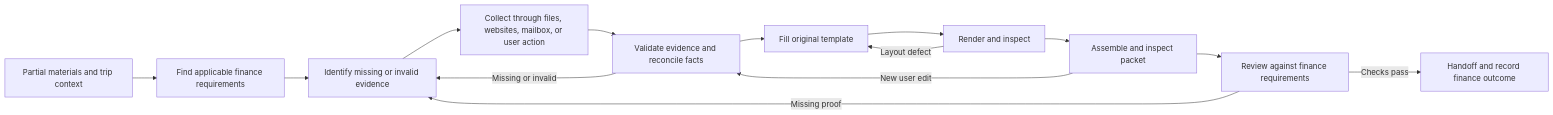
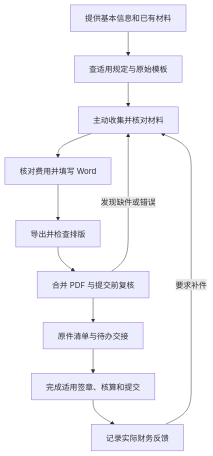
Before and after one commit to Weining-Cao/reimbursement-workflow: the diagram in README.md, drawn with Mermaid. The commit also changed other lines of this file, not shown here.

Commit message:
Write Chinese onboarding and materials guide for NJU students

````diff
--- a/README.md
+++ b/README.md
@@ -86,16 +152,13 @@
 ```mermaid
-flowchart LR
-    A[Partial materials and trip context] --> R[Find applicable finance requirements]
-    R --> G[Identify missing or invalid evidence]
-    G --> H[Collect through files, websites, mailbox, or user action]
-    H --> B[Validate evidence and reconcile facts]
-    B -->|Missing or invalid| G
-    B --> C[Fill original template]
-    C --> D[Render and inspect]
-    D --> E[Assemble and inspect packet]
-    E --> V[Review against finance requirements]
-    V -->|Missing proof| G
-    V -->|Checks pass| F[Handoff and record finance outcome]
-    D -->|Layout defect| C
-    E -->|New user edit| B
+flowchart TD
+    A[提供基本信息和已有材料] --> B[查适用规定与原始模板]
+    B --> C[主动收集并核对材料]
+    C --> D[核对费用并填写 Word]
+    D --> E[导出并检查排版]
+    E --> F[合并 PDF 与提交前复核]
+    F -->|发现缺件或错误| C
+    F --> G[原件清单与待办交接]
+    G --> H[完成适用签章、核算和提交]
+    H --> I[记录实际财务反馈]
+    I -->|要求补件| C
 ```
````
